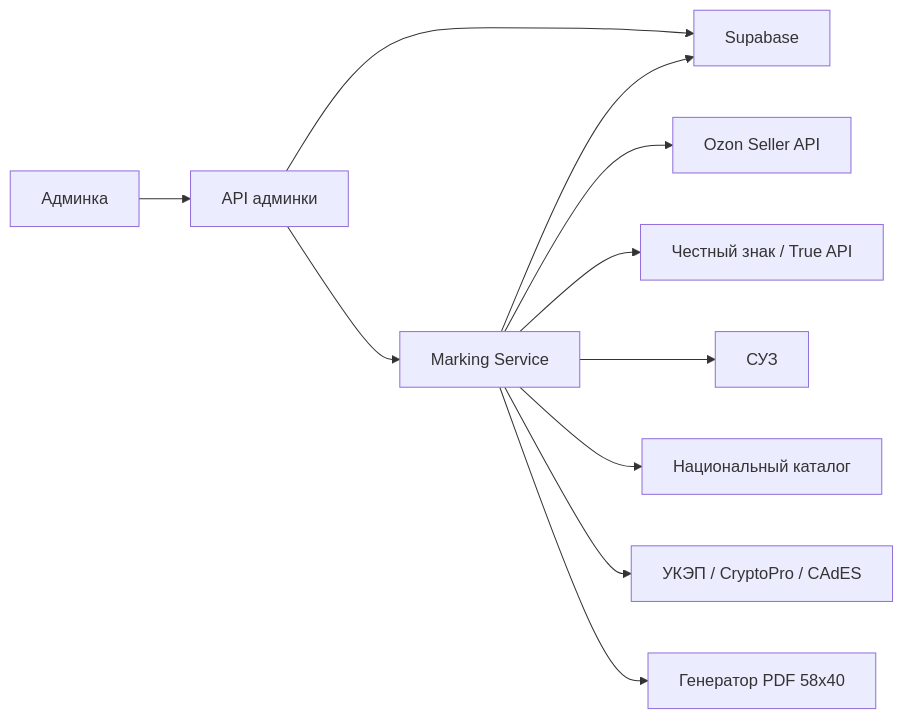
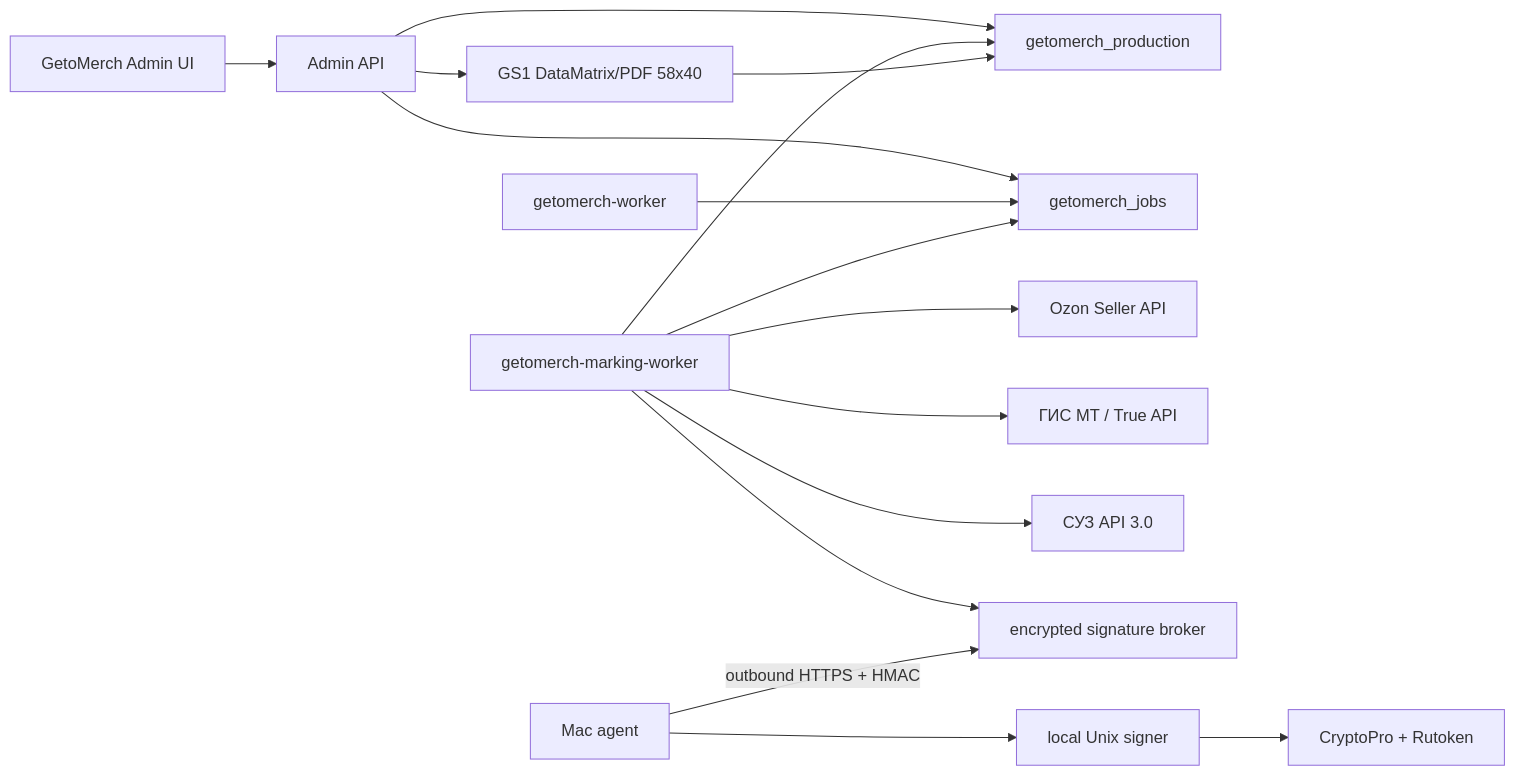
The diagram in docs/chestny-znak-ozon/README.md (Magnum113/GetoMerchV3), drawn with Mermaid before and after one commit. The commit also changed other lines of this file and 259 other files, not shown here.

````diff
--- a/docs/chestny-znak-ozon/README.md
+++ b/docs/chestny-znak-ozon/README.md
@@ -56,14 +197,20 @@
 ```mermaid
 flowchart LR
-  Admin["Админка"] --> AdminApi["API админки"]
-  AdminApi --> DB["Supabase"]
-  AdminApi --> Marking["Marking Service"]
+  UI["GetoMerch Admin UI"] --> API["Admin API"]
+  API --> DB["getomerch_production"]
+  API --> Queue["getomerch_jobs"]
 
-  Marking --> DB
-  Marking --> Ozon["Ozon Seller API"]
-  Marking --> CRPT["Честный знак / True API"]
-  Marking --> SUZ["СУЗ"]
-  Marking --> NC["Национальный каталог"]
-  Marking --> Signer["УКЭП / CryptoPro / CAdES"]
-  Marking --> Label["Генератор PDF 58x40"]
+  MainWorker["getomerch-worker"] --> Queue
+  MarkWorker["getomerch-marking-worker"] --> Queue
+  MarkWorker --> DB
+  MarkWorker --> Ozon["Ozon Seller API"]
+  MarkWorker --> CRPT["ГИС МТ / True API"]
+  MarkWorker --> SUZ["СУЗ API 3.0"]
+  MarkWorker --> Broker["encrypted signature broker"]
+  MacAgent["Mac agent"] -->|"outbound HTTPS + HMAC"| Broker
+  MacAgent --> Signer["local Unix signer"]
+  Signer --> Rutoken["CryptoPro + Rutoken"]
+
+  API --> Label["GS1 DataMatrix/PDF 58x40"]
+  Label --> DB
 ```
````
